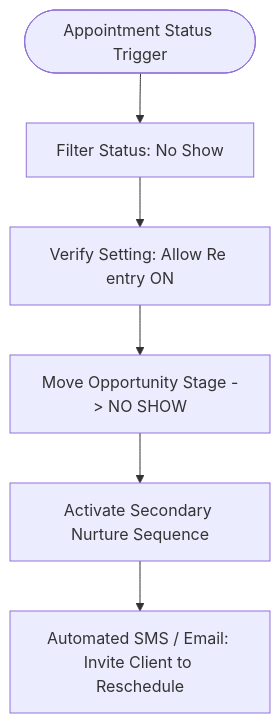
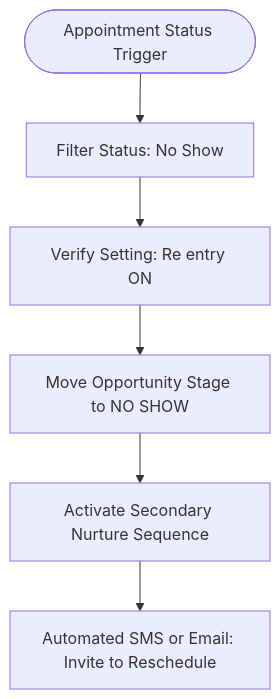
The fifth of 5 diagrams in content/articles/high-performance-gohighlevel-workflows.md (DerrickMits/ledger_article_site), drawn with Mermaid before and after one commit. The commit also changed other lines of this file, not shown here.

First line of the commit message:
Shorten mermaid diagram node labels to fit inside shapes

````diff
--- a/content/articles/high-performance-gohighlevel-workflows.md
+++ b/content/articles/high-performance-gohighlevel-workflows.md
@@ -123,8 +123,8 @@
 ```mermaid
 flowchart TD
     Trigger([Appointment Status Trigger]) --> Filter[Filter Status: No Show]
-    Filter --> ReEntry[Verify Setting: Allow Re entry ON]
-    ReEntry --> Stage[Move Opportunity Stage -> NO SHOW]
+    Filter --> ReEntry[Verify Setting: Re entry ON]
+    ReEntry --> Stage[Move Opportunity Stage to NO SHOW]
     Stage --> Sequence[Activate Secondary Nurture Sequence]
-    Sequence --> SMS[Automated SMS / Email: Invite Client to Reschedule]
+    Sequence --> SMS[Automated SMS or Email: Invite to Reschedule]
 ```
````
